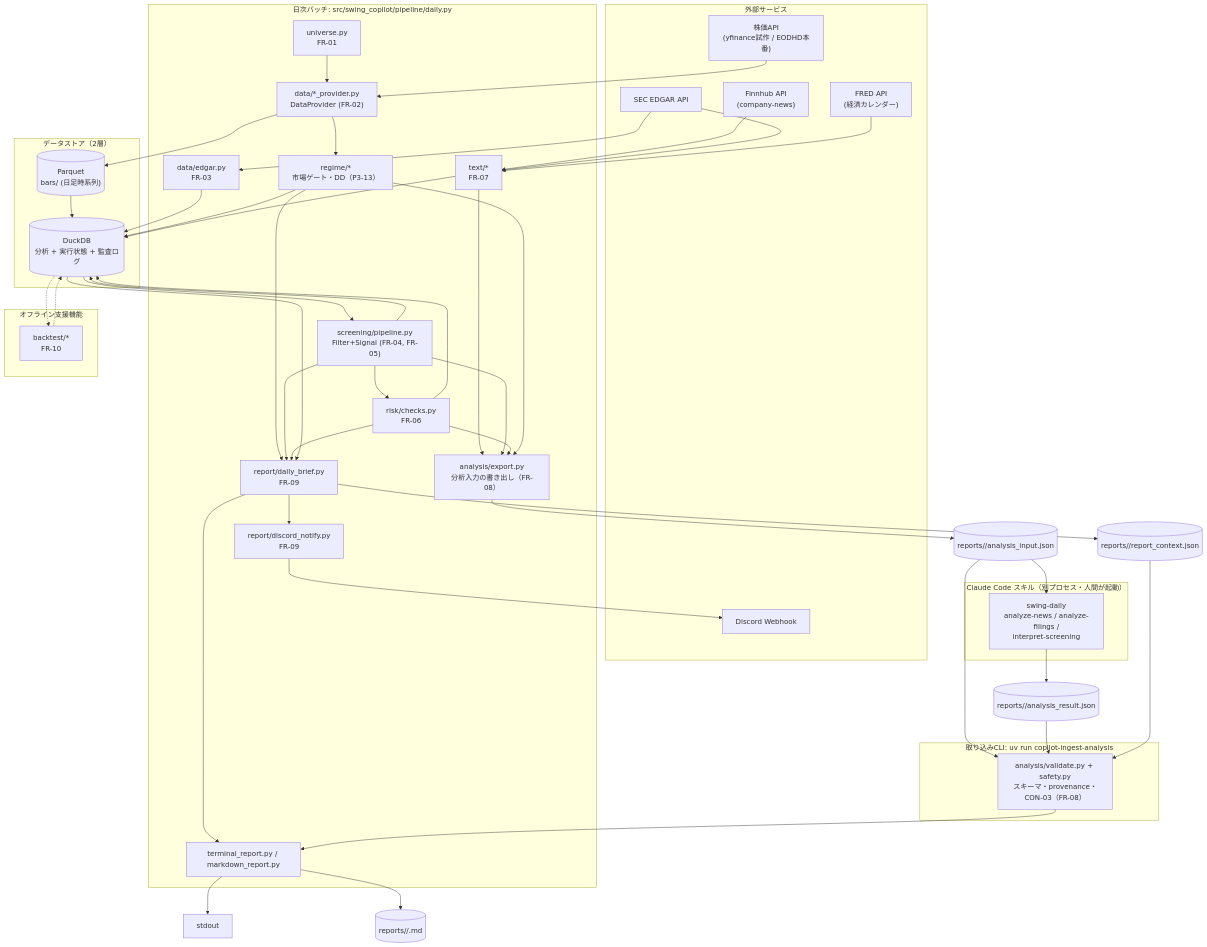
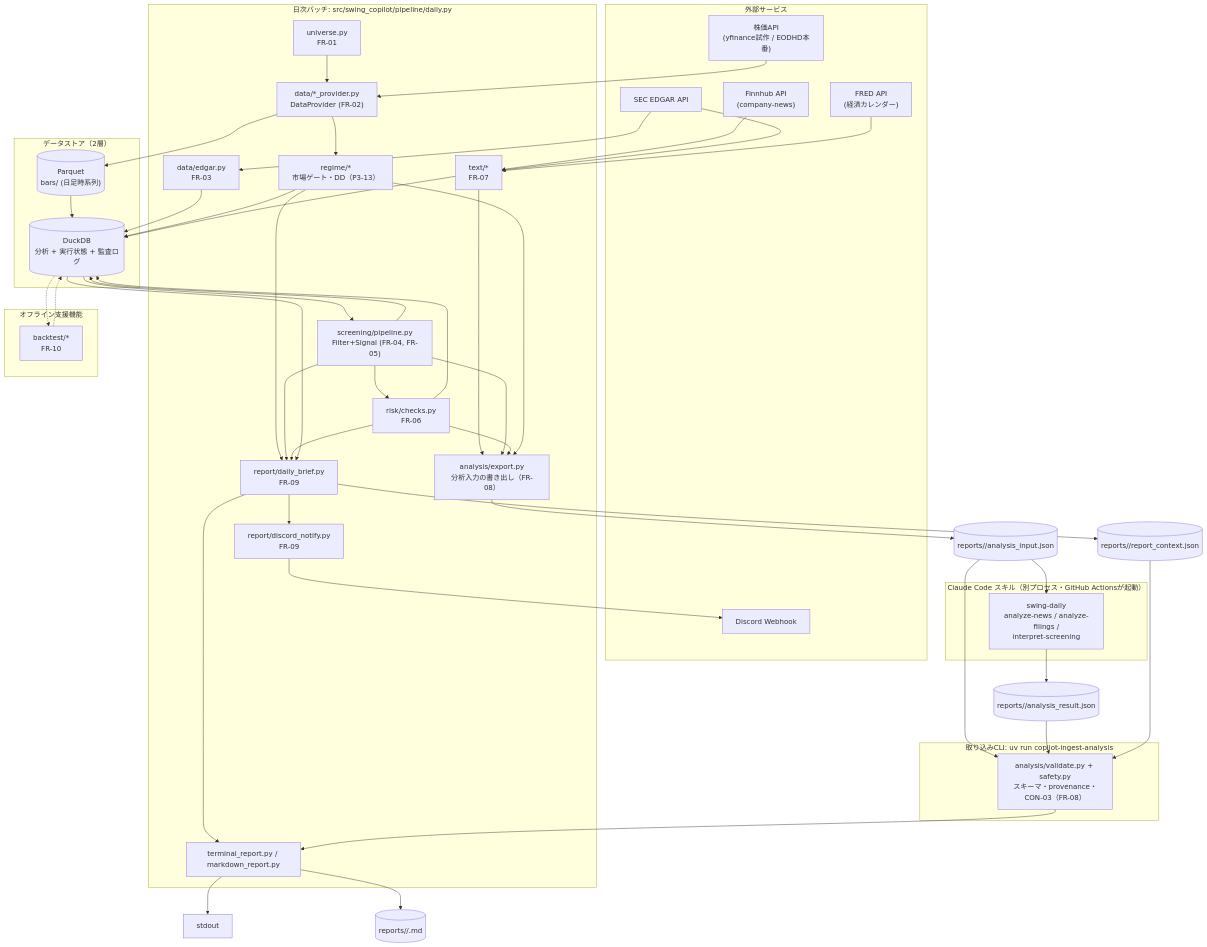
One commit to tomada1114/swing-copilot changed the first of 3 diagrams in docs/03_basic_design.md. Above: the diagram before and after it, drawn with Mermaid. The commit also changed other lines of this file and 16 other files, not shown here.

```diff
--- a/docs/03_basic_design.md
+++ b/docs/03_basic_design.md
@@ -42,7 +42,7 @@
         DISCORD["Discord Webhook"]
     end
 
-    subgraph Skills["Claude Code スキル（別プロセス・人間が起動）"]
+    subgraph Skills["Claude Code スキル（別プロセス・GitHub Actionsが起動）"]
         SKILL["swing-daily<br/>analyze-news / analyze-filings /<br/>interpret-screening"]
     end
 
```
